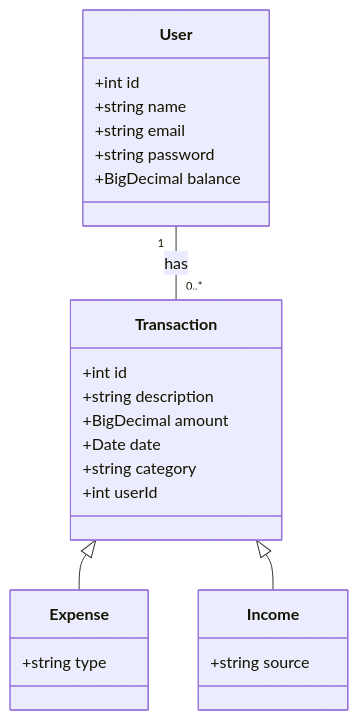
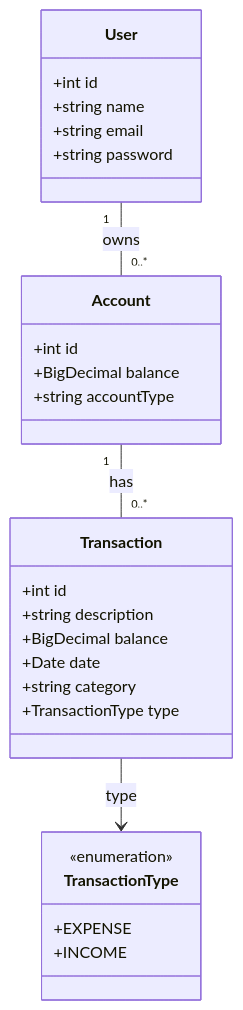
Before and after one commit to jullialayne/santander-dev-week-2024: the diagram in README.md, drawn with Mermaid.

````diff
--- a/README.md
+++ b/README.md
@@ -3,32 +3,35 @@
 ```mermaid
 classDiagram
   class User {
     +int id
     +string name
     +string email
     +string password
+  }
+
+  class Account {
+    +int id
     +BigDecimal balance
+    +string accountType
   }
 
   class Transaction {
     +int id
     +string description
-    +BigDecimal amount
+    +BigDecimal balance
     +Date date
     +string category
-    +int userId
+    +TransactionType type
   }
 
-  class Expense {
-    +string type
+  class TransactionType {
+    <<enumeration>>
+    +EXPENSE
+    +INCOME
   }
 
-  class Income {
-    +string source
-  }
-
-  User "1" -- "0..*" Transaction : has
-  Transaction <|-- Expense
-  Transaction <|-- Income
+  User "1" -- "0..*" Account : owns
+  Account "1" -- "0..*" Transaction : has
+  Transaction --> TransactionType : type
 
 ```
````
